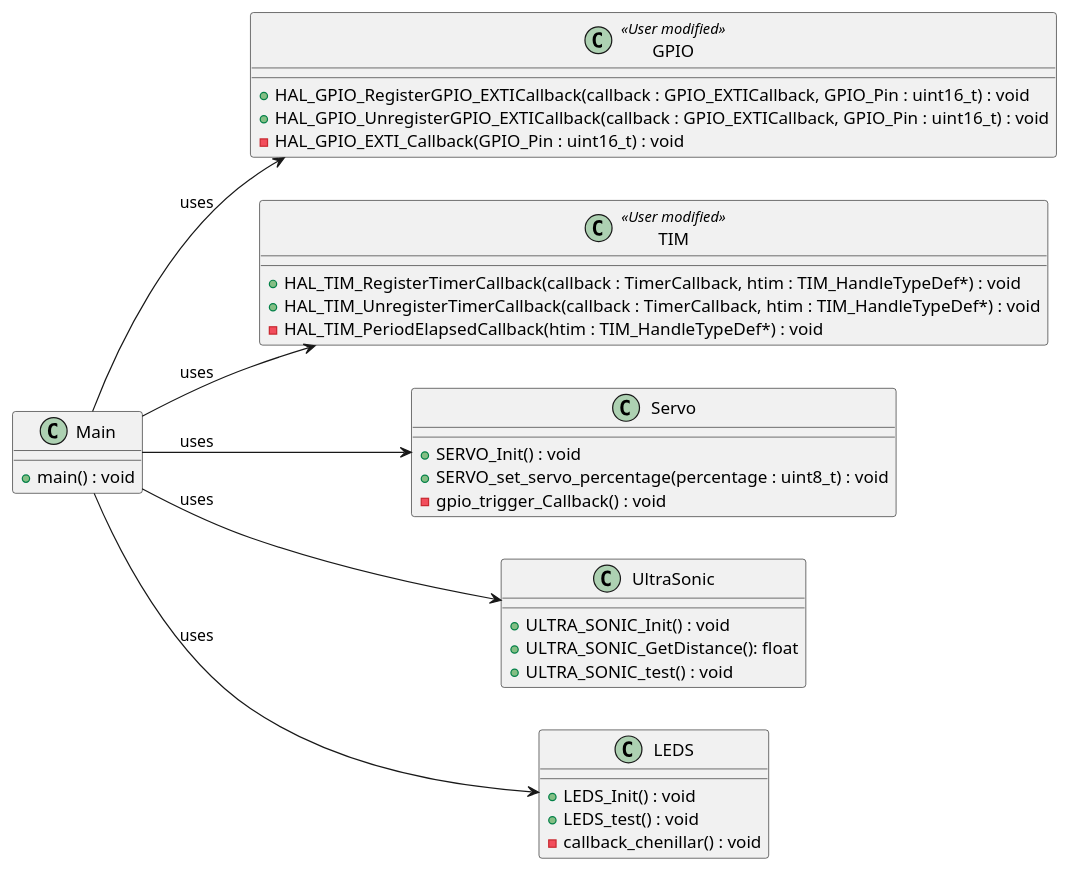
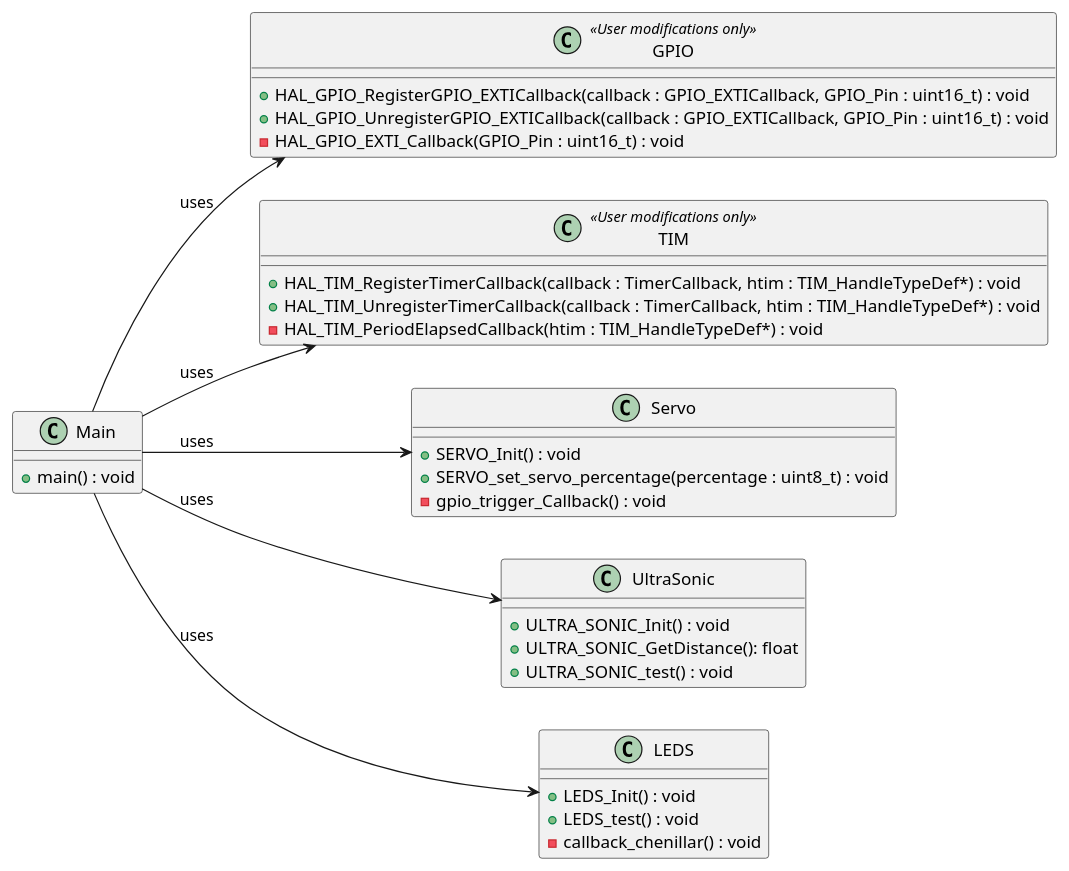
Before and after one commit to LouvAndTech/sensor-to-actuator-class: the diagram in doc/src/diagram/class_diagram.puml, drawn with PlantUML.

Commit message:
fix: update class diagram annotations for GPIO and TIM

```diff
--- a/doc/src/diagram/class_diagram.puml
+++ b/doc/src/diagram/class_diagram.puml
@@ -1,47 +1,47 @@
 @startuml class_diagram
 
 left to right direction
 
 
 class Main {
     + main() : void
 }
 
-class GPIO <<User modified>>{
+class GPIO <<User modifications only>>{
     + HAL_GPIO_RegisterGPIO_EXTICallback(callback : GPIO_EXTICallback, GPIO_Pin : uint16_t) : void
     + HAL_GPIO_UnregisterGPIO_EXTICallback(callback : GPIO_EXTICallback, GPIO_Pin : uint16_t) : void
     - HAL_GPIO_EXTI_Callback(GPIO_Pin : uint16_t) : void
 }
 
-class TIM <<User modified>>{
+class TIM <<User modifications only>>{
     + HAL_TIM_RegisterTimerCallback(callback : TimerCallback, htim : TIM_HandleTypeDef*) : void
     + HAL_TIM_UnregisterTimerCallback(callback : TimerCallback, htim : TIM_HandleTypeDef*) : void
     - HAL_TIM_PeriodElapsedCallback(htim : TIM_HandleTypeDef*) : void
 }
 
 class Servo {
     + SERVO_Init() : void
     + SERVO_set_servo_percentage(percentage : uint8_t) : void
     - gpio_trigger_Callback() : void
 }
 
 class UltraSonic {
     + ULTRA_SONIC_Init() : void
     + ULTRA_SONIC_GetDistance(): float
     + ULTRA_SONIC_test() : void
 }
 
 class LEDS {
     + LEDS_Init() : void
     + LEDS_test() : void
     - callback_chenillar() : void
 }
 
 Main --> GPIO : uses
 Main --> TIM : uses
 Main --> Servo : uses
 Main --> UltraSonic : uses
 Main --> LEDS : uses
 
 
 @enduml
```
